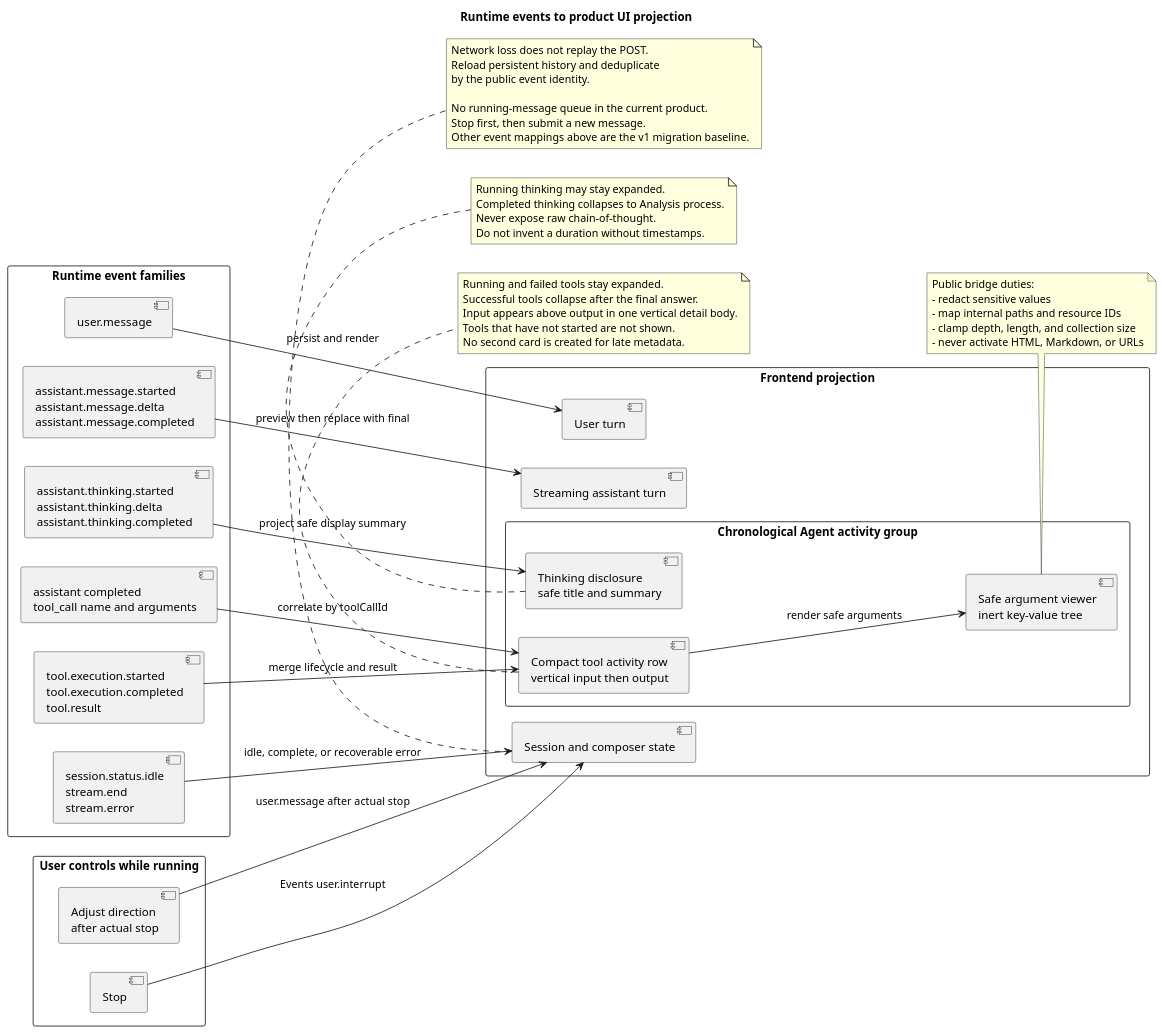
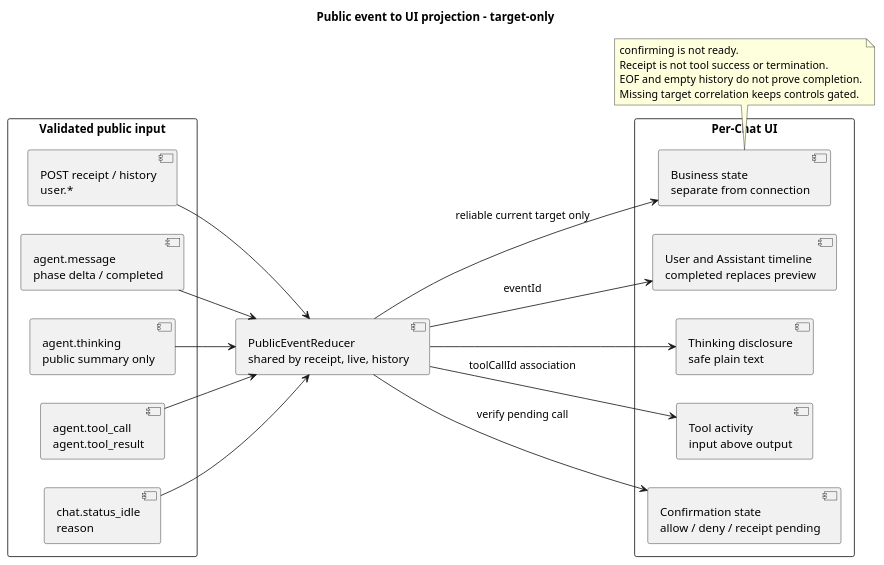
The fourth of 6 diagrams in 01-总体架构/04-CampusClaw前端体验/diagram.puml (ssm0808/pi-mono-java-design), drawn with PlantUML before and after one commit. The commit also changed other lines of this file and 18 other files, not shown here.

```diff
--- a/01-总体架构/04-CampusClaw前端体验/diagram.puml
+++ b/01-总体架构/04-CampusClaw前端体验/diagram.puml
@@ -237,87 +212,41 @@
 @startuml runtime_event_ui_projection
-' Source baseline: pi-mono-java bde123706305a41e51c9a47b22e6ad11bbd8204c.
-' Source evidence: frontend/src/components/ConversationTimeline.vue lines 37-65 (thinking disclosure and result-only activity card).
-' Source evidence: frontend/src/projectors/runtimeEventProjector.ts lines 40-90 and 112-145 (assistant, thinking, and result-only tool projection).
-' Source evidence: frontend/src/types/product.ts lines 22-37 (AssistantTurn and ActivityTurn without arguments).
-' Source evidence: modules/coding-agent-cli/src/main/java/com/campusclaw/codingagent/runtimeapi/event/RuntimeEventProjector.java lines 149-213 and 257-285.
-' Source evidence: modules/coding-agent-cli/src/main/java/com/campusclaw/codingagent/runtimeapi/event/RuntimeEntryCodec.java lines 67-88, 430-442, 512-517, and 557-601.
-' Product-reference evidence: ChatGPT.app 26.820.60940 webview/assets/tool-activity-disclosure-CZUjU0Tu.js, agent-activity-item-BL0IhzOn.js, reasoning-item-heading-Cdl3NWmT.js, and local-conversation-turn-Ngva_Lp3.js.
-' Observed behavior: thinking is attached to the assistant body; the frontend activity card shows result only; tool lifecycle events omit arguments, while assistant completed content preserves tool_call arguments.
-' Target-only design: a chronological activity group, safe thinking summary, and safe argument viewer are not implemented at this baseline.
-' Security hardening: the public bridge redacts, maps, and budgets arguments before the browser renders inert structured text.
-' Security hardening: raw private reasoning remains internal; the browser receives only a user-facing thinking title and summary.
-' Observed Codex behavior: activity rows are compact disclosures; details are vertical and indented; the running item opens by default and completed items collapse.
-' Design reason: correlate ToolCallSpec, lifecycle, and result by toolCallId so safe thinking context and real tool inputs stay readable without exposing raw protocol data.
-
-title Runtime events to product UI projection
+' Source baseline: pi-mono-java dfb90cac4e233e09a0b8f047f7e9f4682f5ad238.
+' Source evidence: frontend/src/projectors/runtimeEventProjector.ts projectRuntimeEvents, registerToolSpecs.
+' Source evidence: frontend/src/components/ToolActivity.vue template; frontend/src/types/product.ts ActivityTurn.
+' Observed behavior: legacy assistant/tool events, no confirmation UI, rich-text tool output.
+' Target-only product projection follows the Mate public contract, not internal wire aliases.
+' Design reason: shared reduction prevents duplicate messages and separates preview from authority.
+title Public event to UI projection - target-only
 left to right direction
-
-rectangle "Runtime event families" as Events {
-  component "user.message" as UserEvent
-  component "assistant.message.started\nassistant.message.delta\nassistant.message.completed" as AssistantEvents
-  component "assistant.thinking.started\nassistant.thinking.delta\nassistant.thinking.completed" as ThinkingEvents
-  component "assistant completed\ntool_call name and arguments" as ToolSpec
-  component "tool.execution.started\ntool.execution.completed\ntool.result" as ToolEvents
-  component "session.status.idle\nstream.end\nstream.error" as TerminalEvents
+rectangle "Validated public input" {
+  component "POST receipt / history\nuser.*" as UserEvents
+  component "agent.message\nphase delta / completed" as Message
+  component "agent.thinking\npublic summary only" as Thinking
+  component "agent.tool_call\nagent.tool_result" as Tool
+  component "chat.status_idle\nreason" as Idle
 }
-
-rectangle "Frontend projection" as Projection {
-  component "User turn" as UserTurn
-  component "Streaming assistant turn" as AssistantTurn
-  rectangle "Chronological Agent activity group" as ActivityGroup {
-    component "Thinking disclosure\nsafe title and summary" as ThinkingRow
-    component "Compact tool activity row\nvertical input then output" as ActivityCard
-    component "Safe argument viewer\ninert key-value tree" as ArgumentViewer
-  }
-  component "Session and composer state" as SessionState
+component "PublicEventReducer\nshared by receipt, live, history" as Reducer
+rectangle "Per-Chat UI" {
+  component "User and Assistant timeline\ncompleted replaces preview" as Timeline
+  component "Thinking disclosure\nsafe plain text" as Summary
+  component "Tool activity\ninput above output" as Activity
+  component "Confirmation state\nallow / deny / receipt pending" as Confirmation
+  component "Business state\nseparate from connection" as State
 }
-
-rectangle "User controls while running" as Controls {
-  component "Adjust direction\nafter actual stop" as Adjust
-  component "Stop" as Stop
-}
-
-UserEvent --> UserTurn : persist and render
-AssistantEvents --> AssistantTurn : preview then replace with final
-ThinkingEvents --> ThinkingRow : project safe display summary
-ToolSpec --> ActivityCard : correlate by toolCallId
-ToolEvents --> ActivityCard : merge lifecycle and result
-ActivityCard --> ArgumentViewer : render safe arguments
-TerminalEvents --> SessionState : idle, complete, or recoverable error
-
-Adjust --> SessionState : user.message after actual stop
-Stop --> SessionState : Events user.interrupt
-
-note bottom of ActivityCard
-Running and failed tools stay expanded.
-Successful tools collapse after the final answer.
-Input appears above output in one vertical detail body.
-Tools that have not started are not shown.
-No second card is created for late metadata.
-end note
-
-note bottom of ThinkingRow
-Running thinking may stay expanded.
-Completed thinking collapses to Analysis process.
-Never expose raw chain-of-thought.
-Do not invent a duration without timestamps.
-end note
-
-note bottom of ArgumentViewer
-Public bridge duties:
-- redact sensitive values
-- map internal paths and resource IDs
-- clamp depth, length, and collection size
-- never activate HTML, Markdown, or URLs
-end note
-
-note bottom of SessionState
-Network loss does not replay the POST.
-Reload persistent history and deduplicate
-by the public event identity.
-
-No running-message queue in the current product.
-Stop first, then submit a new message.
-Other event mappings above are the v1 migration baseline.
+UserEvents --> Reducer
+Message --> Reducer
+Thinking --> Reducer
+Tool --> Reducer
+Idle --> Reducer
+Reducer --> Timeline : eventId
+Reducer --> Summary
+Reducer --> Activity : toolCallId association
+Reducer --> Confirmation : verify pending call
+Reducer --> State : reliable current target only
+note bottom of State
+confirming is not ready.
+Receipt is not tool success or termination.
+EOF and empty history do not prove completion.
+Missing target correlation keeps controls gated.
 end note
 @enduml
```
